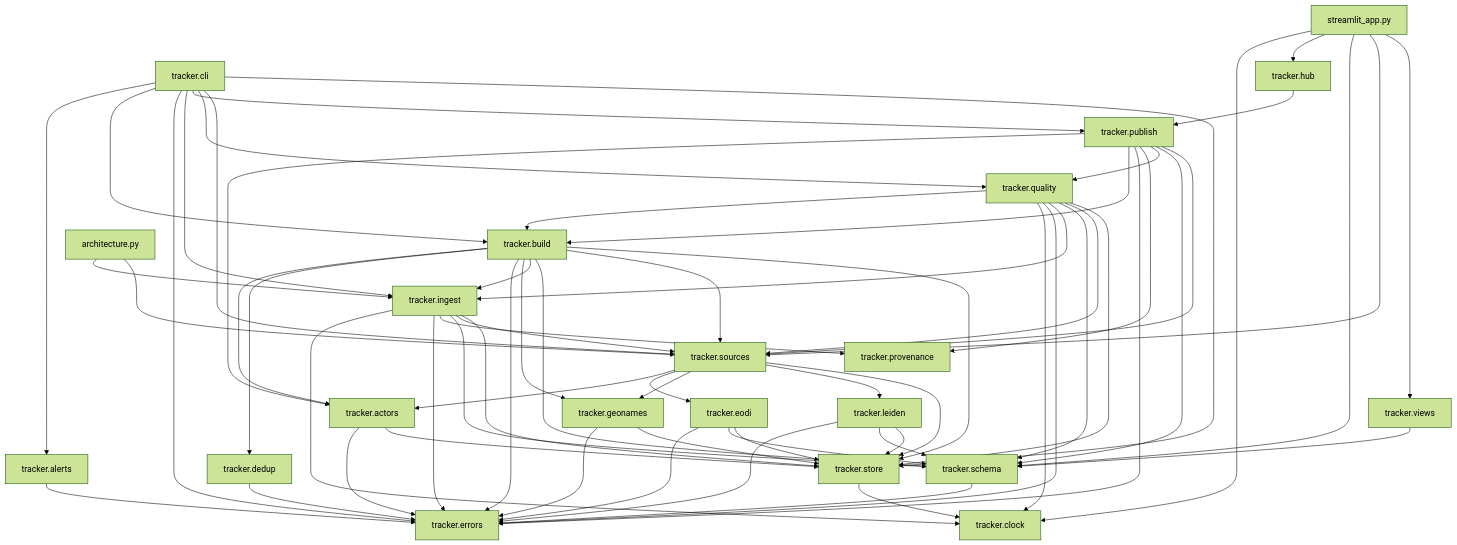
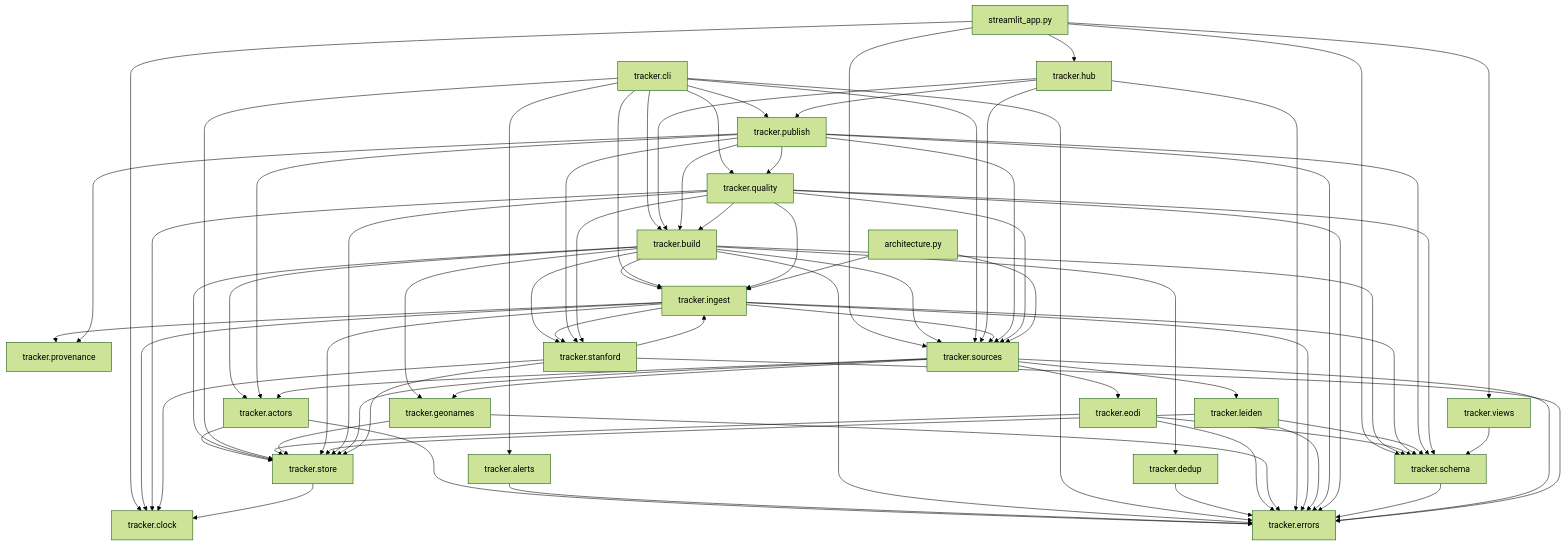
The third of 3 diagrams in docs/architecture.md (tryph0n/hybrid-tracker), drawn with Mermaid (forest theme) before and after one commit. The commit also changed other lines of this file and 35 other files, not shown here.

```diff
--- a/docs/architecture.md
+++ b/docs/architecture.md
@@ -177,6 +180,7 @@
   module_tracker_quality["tracker.quality"]
   module_tracker_schema["tracker.schema"]
   module_tracker_sources["tracker.sources"]
+  module_tracker_stanford["tracker.stanford"]
   module_tracker_store["tracker.store"]
   module_tracker_views["tracker.views"]
   module_architecture_py["architecture.py"]
@@ -195,6 +199,7 @@
   module_tracker_build --> module_tracker_ingest
   module_tracker_build --> module_tracker_schema
   module_tracker_build --> module_tracker_sources
+  module_tracker_build --> module_tracker_stanford
   module_tracker_build --> module_tracker_store
   module_tracker_cli --> module_tracker_alerts
   module_tracker_cli --> module_tracker_build
@@ -210,12 +215,16 @@
   module_tracker_eodi --> module_tracker_store
   module_tracker_geonames --> module_tracker_errors
   module_tracker_geonames --> module_tracker_store
+  module_tracker_hub --> module_tracker_build
+  module_tracker_hub --> module_tracker_errors
   module_tracker_hub --> module_tracker_publish
+  module_tracker_hub --> module_tracker_sources
   module_tracker_ingest --> module_tracker_clock
   module_tracker_ingest --> module_tracker_errors
   module_tracker_ingest --> module_tracker_provenance
   module_tracker_ingest --> module_tracker_schema
   module_tracker_ingest --> module_tracker_sources
+  module_tracker_ingest --> module_tracker_stanford
   module_tracker_ingest --> module_tracker_store
   module_tracker_leiden --> module_tracker_errors
   module_tracker_leiden --> module_tracker_schema
@@ -227,19 +236,26 @@
   module_tracker_publish --> module_tracker_quality
   module_tracker_publish --> module_tracker_schema
   module_tracker_publish --> module_tracker_sources
+  module_tracker_publish --> module_tracker_stanford
   module_tracker_quality --> module_tracker_build
   module_tracker_quality --> module_tracker_clock
   module_tracker_quality --> module_tracker_errors
   module_tracker_quality --> module_tracker_ingest
   module_tracker_quality --> module_tracker_schema
   module_tracker_quality --> module_tracker_sources
+  module_tracker_quality --> module_tracker_stanford
   module_tracker_quality --> module_tracker_store
   module_tracker_schema --> module_tracker_errors
   module_tracker_sources --> module_tracker_actors
   module_tracker_sources --> module_tracker_eodi
+  module_tracker_sources --> module_tracker_errors
   module_tracker_sources --> module_tracker_geonames
   module_tracker_sources --> module_tracker_leiden
   module_tracker_sources --> module_tracker_store
+  module_tracker_stanford --> module_tracker_clock
+  module_tracker_stanford --> module_tracker_errors
+  module_tracker_stanford --> module_tracker_ingest
+  module_tracker_stanford --> module_tracker_store
   module_tracker_store --> module_tracker_clock
   module_tracker_views --> module_tracker_schema
   module_architecture_py --> module_tracker_ingest
```
